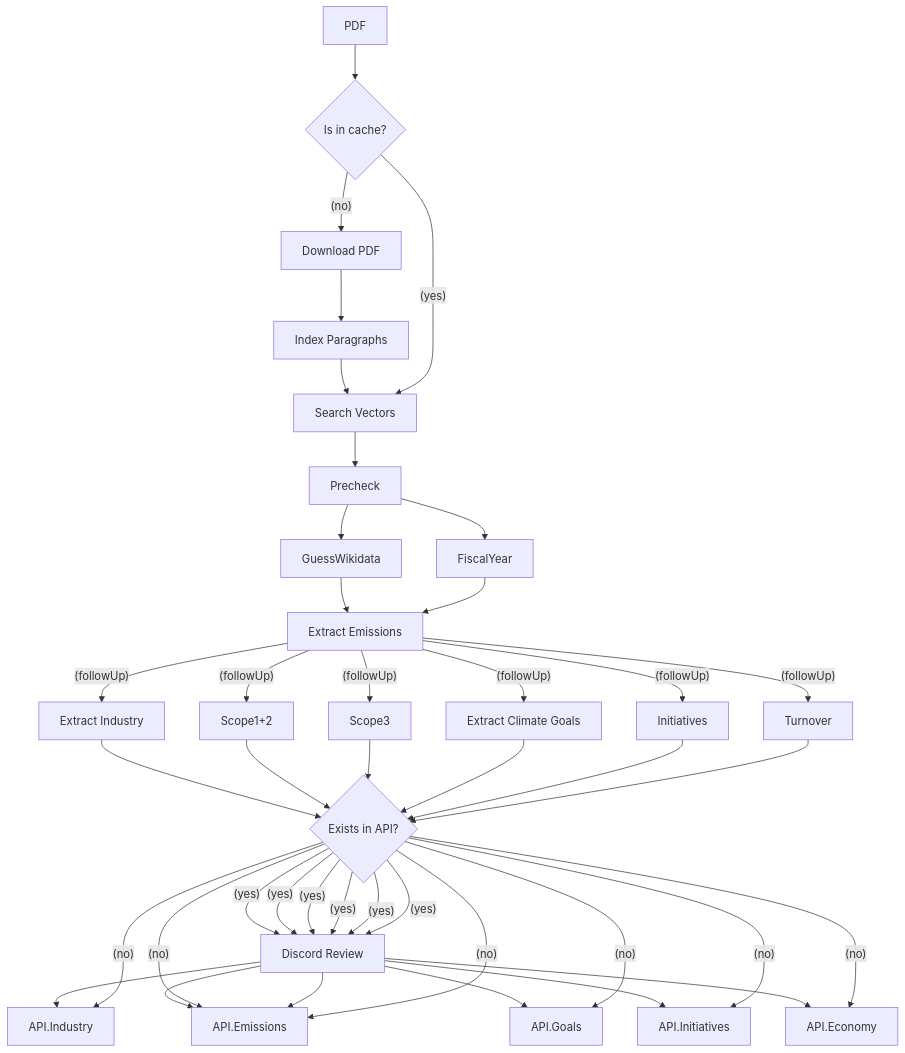
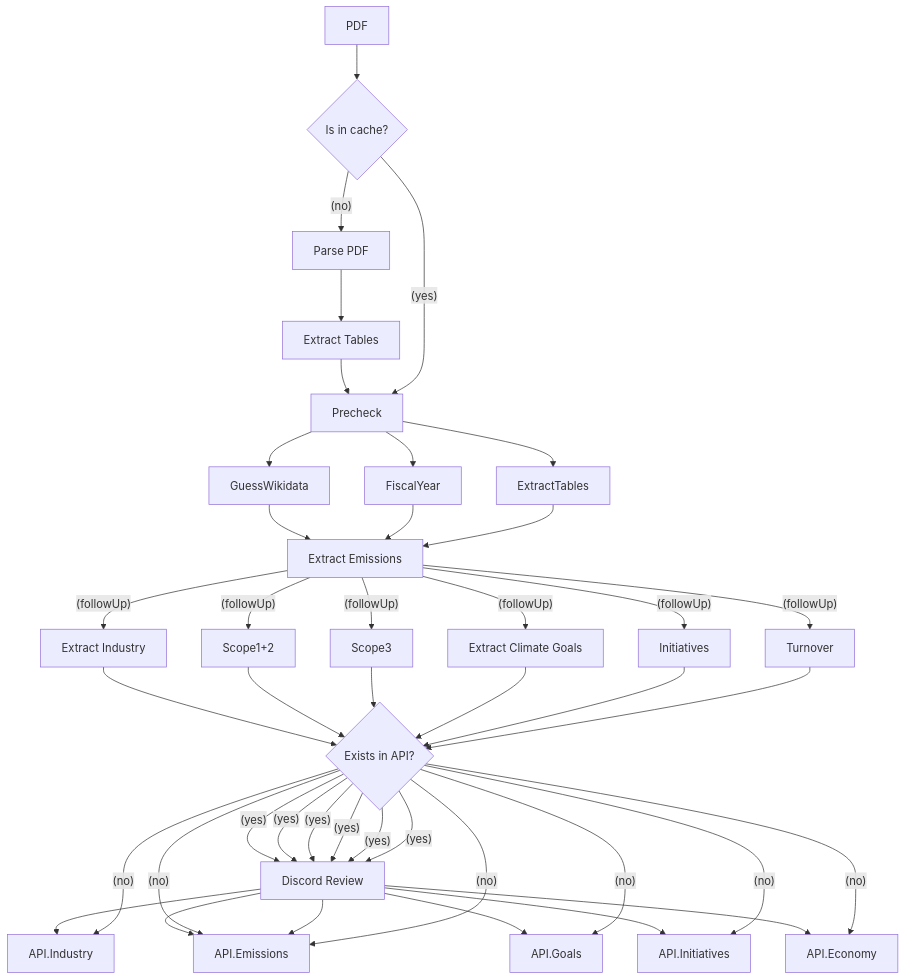
Before and after one commit to Klimatbyran/garbo: the diagram in README.md, drawn with Mermaid. The commit also changed other lines of this file and 24 other files, not shown here.

````diff
--- a/README.md
+++ b/README.md
@@ -19,36 +19,36 @@
 ```mermaid
 flowchart TB
 
     PDF[PDF]
     Cache{Is in cache?}
-    Download[Download PDF]
-    Index[Index Paragraphs]
-    Search[Search Vectors]
+    NLM[Parse PDF]
+    Tables[Extract Tables]
     Emissions[Extract Emissions]
 
     Industry[Extract Industry]
     Goals[Extract Climate Goals]
     Review[Discord Review]
 
     Precheck --> GuessWikidata --> Emissions
     Precheck --> FiscalYear --> Emissions
+    Precheck --> ExtractTables --> Emissions
 
-    PDF --> Cache --(no)--> Download --> Index --> Search --> Precheck
+    PDF --> Cache --(no)--> NLM --> Tables --> Precheck
 
-    Cache --(yes)--> Search
+    Cache --(yes)--> Precheck
 
     CheckDB{Exists in API?}
 
     Emissions --(followUp)--> Industry --> CheckDB --(yes)--> Review --> API.Industry
                                            CheckDB --(no)--> API.Industry
     Emissions --(followUp)--> Scope1+2 --> CheckDB --(yes)--> Review --> API.Emissions
                                            CheckDB --(no)--> API.Emissions
     Emissions --(followUp)--> Scope3 --> CheckDB --(yes)--> Review --> API.Emissions
                                            CheckDB --(no)--> API.Emissions
     Emissions --(followUp)--> Goals --> CheckDB --(yes)--> Review --> API.Goals
                                            CheckDB --(no)--> API.Goals
     Emissions --(followUp)--> Initiatives --> CheckDB --(yes)--> Review --> API.Initiatives
                                            CheckDB --(no)--> API.Initiatives
     Emissions --(followUp)--> Turnover --> CheckDB --(yes)--> Review --> API.Economy
                                            CheckDB --(no)--> API.Economy
 ```
````
